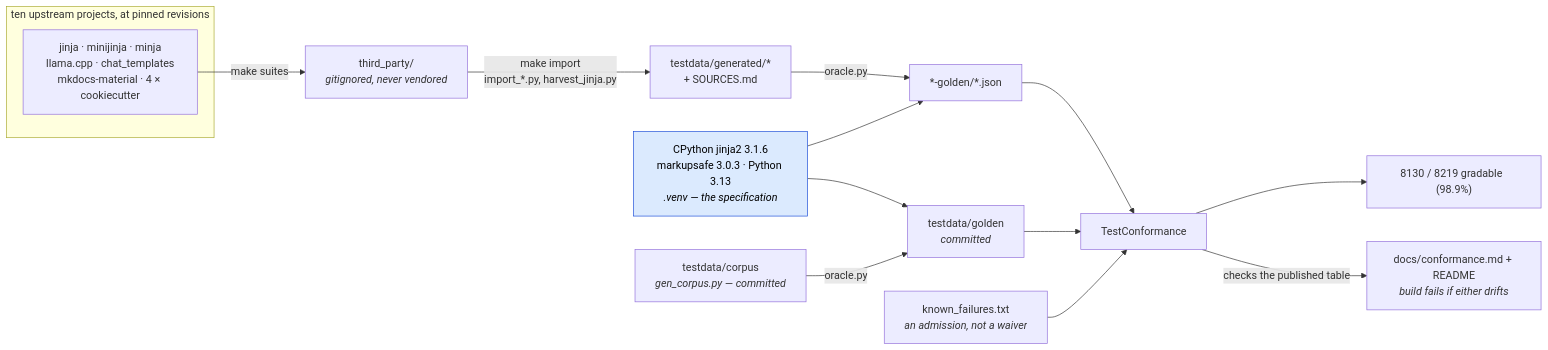
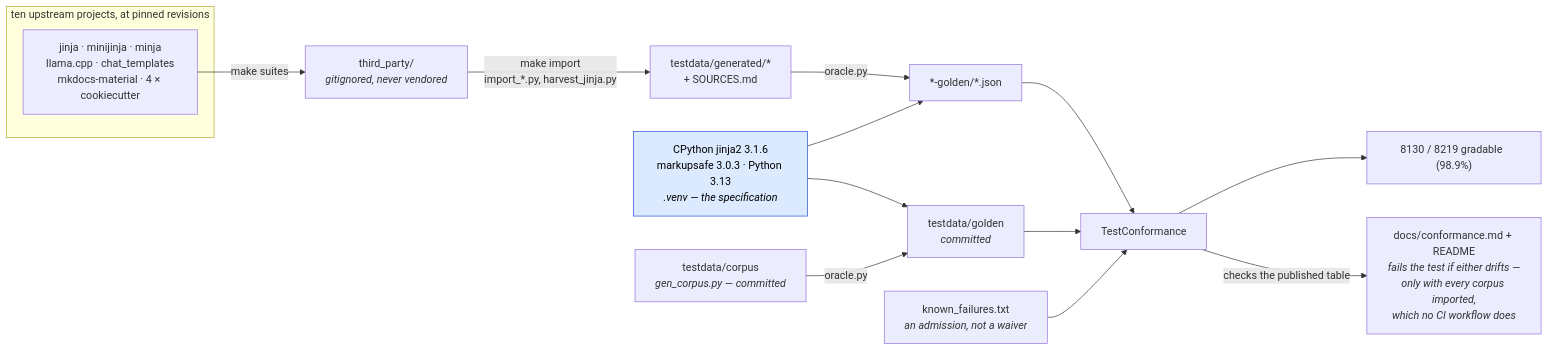
The first of 2 diagrams in docs/conformance.md (mgilbir/gojja2), drawn with Mermaid before and after one commit. The commit also changed other lines of this file and 41 other files, not shown here.

````diff
--- a/docs/conformance.md
+++ b/docs/conformance.md
@@ -17,24 +17,24 @@
 ```mermaid
 flowchart LR
     subgraph up["ten upstream projects, at pinned revisions"]
         U1["jinja · minijinja · minja<br/>llama.cpp · chat_templates<br/>mkdocs-material · 4 × cookiecutter"]
     end
     U1 -->|"make suites"| TP["third_party/<br/><i>gitignored, never vendored</i>"]
     TP -->|"make import<br/>import_*.py, harvest_jinja.py"| GEN["testdata/generated/*<br/>+ SOURCES.md"]
 
     ORA["CPython jinja2 3.1.6<br/>markupsafe 3.0.3 · Python 3.13<br/><i>.venv — the specification</i>"]
     GEN -->|"oracle.py"| G2["*-golden/*.json"]
     ORA --> G2
 
     OWN["testdata/corpus<br/><i>gen_corpus.py — committed</i>"] -->|"oracle.py"| G1["testdata/golden<br/><i>committed</i>"]
     ORA --> G1
 
     G1 --> TC["TestConformance"]
     G2 --> TC
     KF["known_failures.txt<br/><i>an admission, not a waiver</i>"] --> TC
     TC --> RATE["8130 / 8219 gradable  (98.9%)"]
-    TC -->|"checks the published table"| RM["docs/conformance.md + README<br/><i>build fails if either drifts</i>"]
+    TC -->|"checks the published table"| RM["docs/conformance.md + README<br/><i>fails the test if either drifts —<br/>only with every corpus imported,<br/>which no CI workflow does</i>"]
 
     classDef spec fill:#dbeafe,stroke:#1d4ed8,color:#000
     class ORA spec
 ```
````
